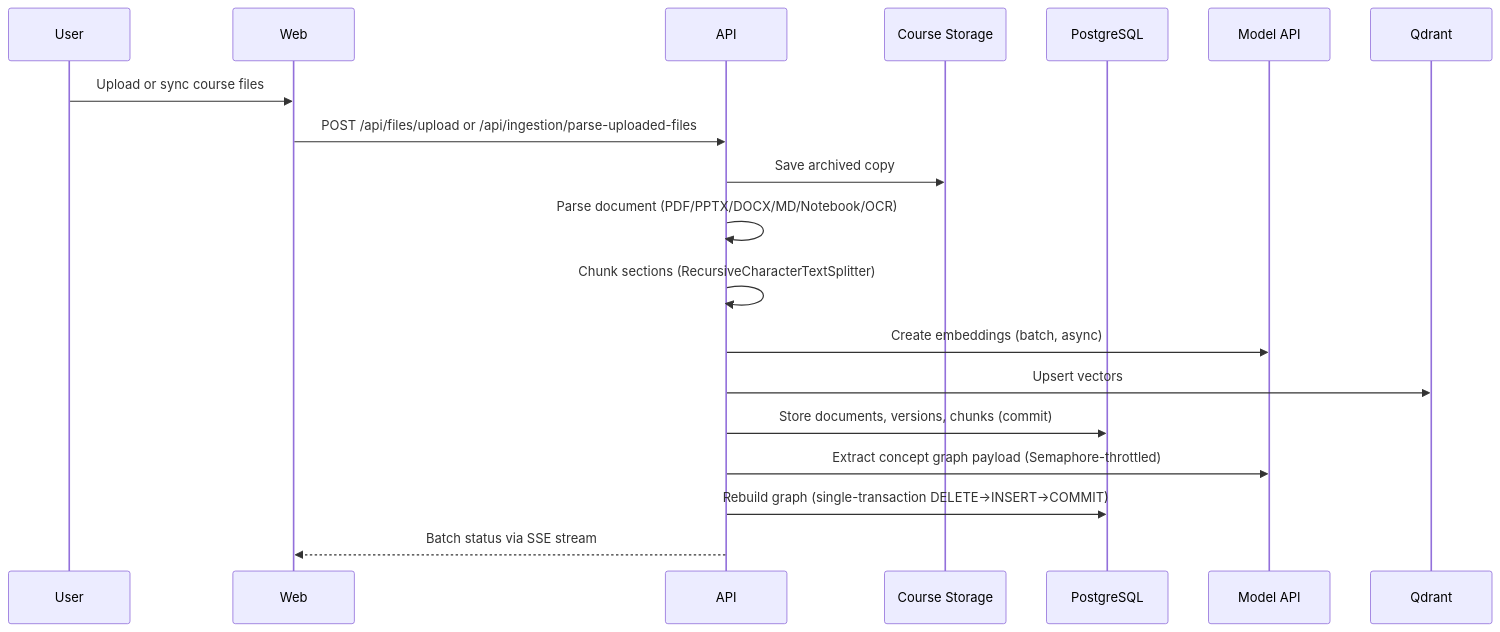
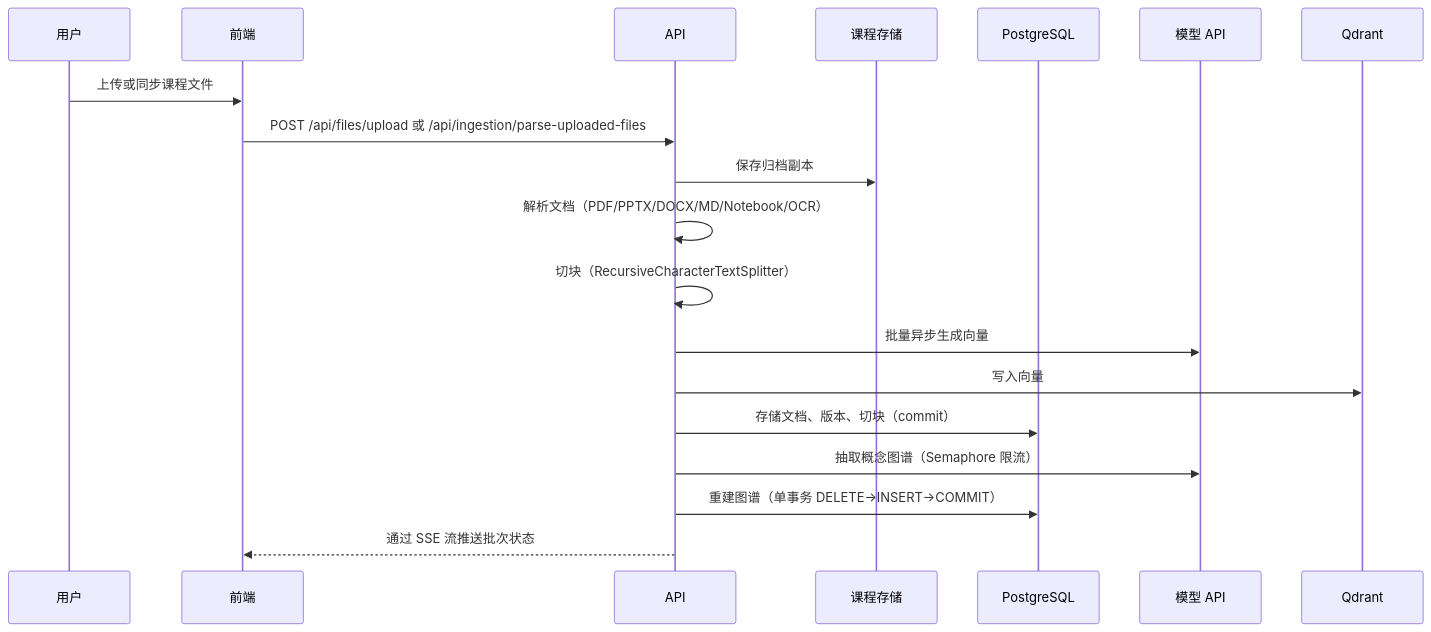
Before and after one commit to Sggggt/DialoGraph: the third of 5 diagrams in README.md, drawn with Mermaid. The commit also changed other lines of this file and 1 other file, not shown here.

````diff
--- a/README.md
+++ b/README.md
@@ -338,22 +340,22 @@
 ```mermaid
 sequenceDiagram
-    participant User
-    participant Web
+    participant 用户
+    participant 前端
     participant API
-    participant FS as Course Storage
-    participant DB as PostgreSQL
-    participant Model as Model API
+    participant 文件存储 as 课程存储
+    participant 数据库 as PostgreSQL
+    participant 模型 as 模型 API
     participant Qdrant
 
-    User->>Web: Upload or sync course files
-    Web->>API: POST /api/files/upload or /api/ingestion/parse-uploaded-files
-    API->>FS: Save archived copy
-    API->>API: Parse document (PDF/PPTX/DOCX/MD/Notebook/OCR)
-    API->>API: Chunk sections (RecursiveCharacterTextSplitter)
-    API->>Model: Create embeddings (batch, async)
-    API->>Qdrant: Upsert vectors
-    API->>DB: Store documents, versions, chunks (commit)
-    API->>Model: Extract concept graph payload (Semaphore-throttled)
-    API->>DB: Rebuild graph (single-transaction DELETE→INSERT→COMMIT)
-    API-->>Web: Batch status via SSE stream
+    用户->>前端: 上传或同步课程文件
+    前端->>API: POST /api/files/upload 或 /api/ingestion/parse-uploaded-files
+    API->>文件存储: 保存归档副本
+    API->>API: 解析文档（PDF/PPTX/DOCX/MD/Notebook/OCR）
+    API->>API: 切块（RecursiveCharacterTextSplitter）
+    API->>模型: 批量异步生成向量
+    API->>Qdrant: 写入向量
+    API->>数据库: 存储文档、版本、切块（commit）
+    API->>模型: 抽取概念图谱（Semaphore 限流）
+    API->>数据库: 重建图谱（单事务 DELETE→INSERT→COMMIT）
+    API-->>前端: 通过 SSE 流推送批次状态
 ```
````
